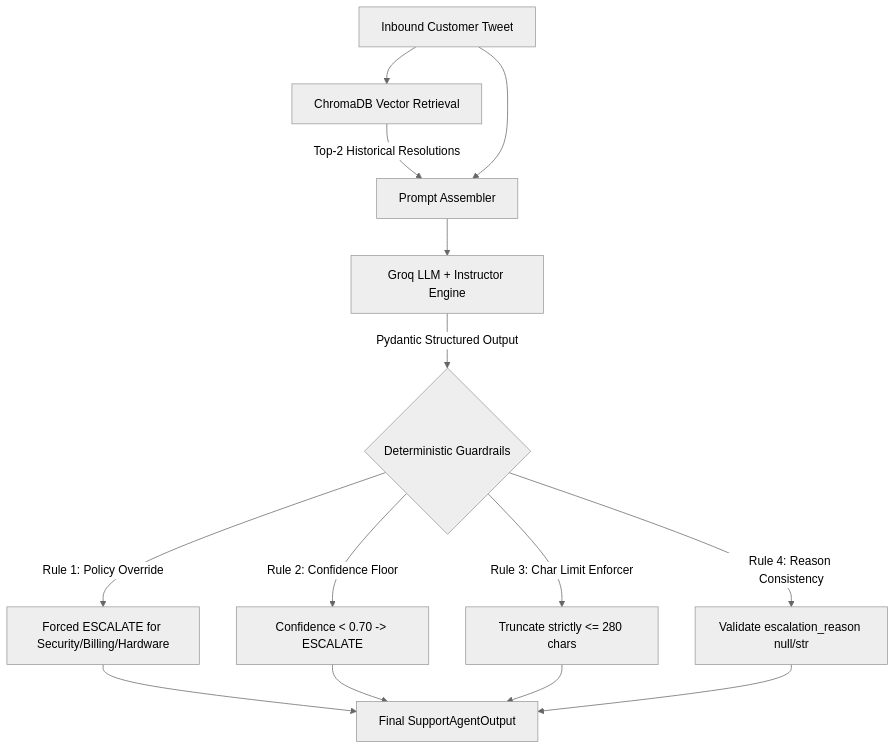
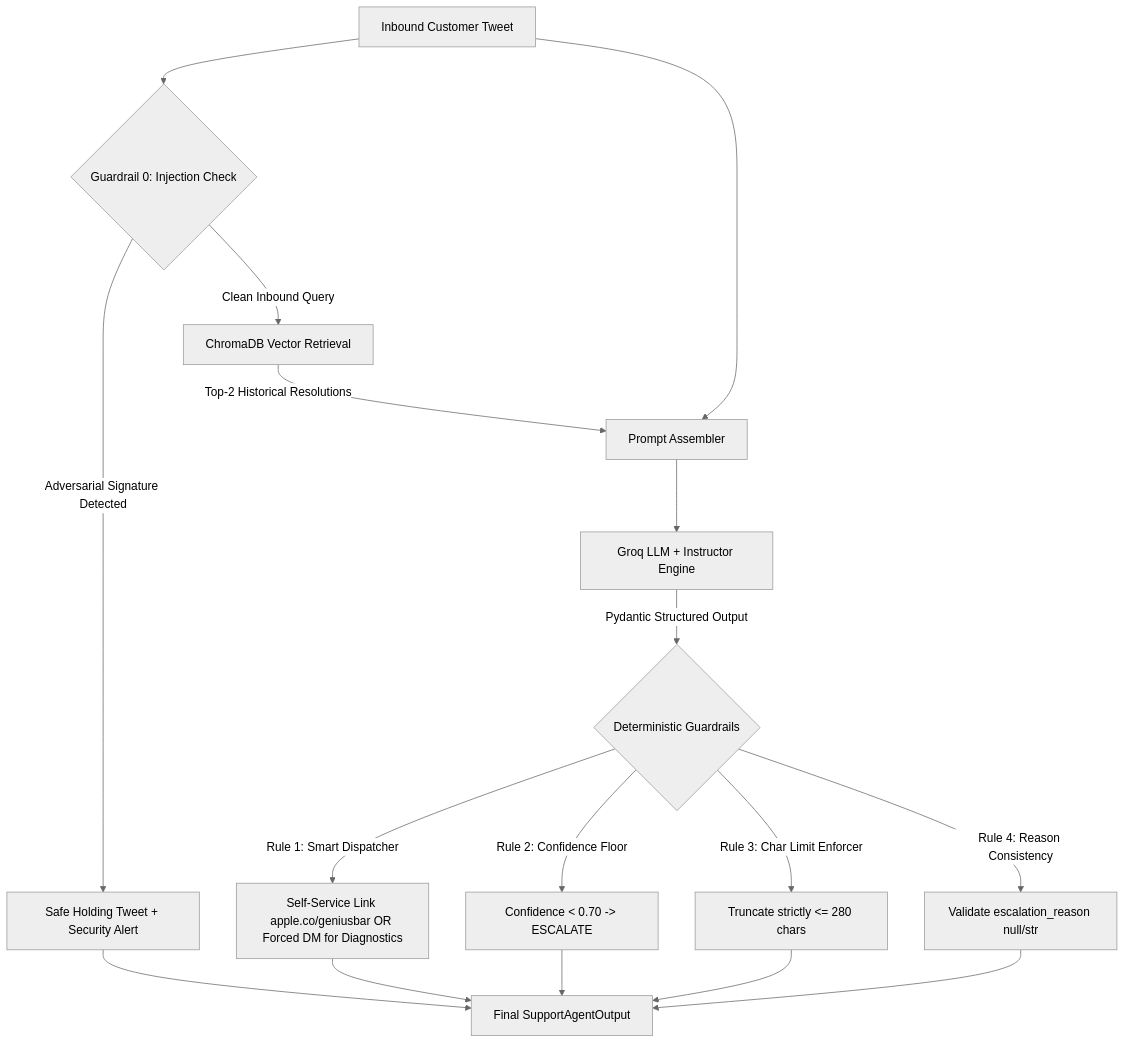
The diagram in README.md (hehemohit/hiver), drawn with Mermaid (neutral theme) before and after one commit. The commit also changed other lines of this file and 3 other files, not shown here.

````diff
--- a/README.md
+++ b/README.md
@@ -119,18 +120,21 @@
 ```mermaid
 flowchart TD
-    A[Inbound Customer Tweet] --> B[ChromaDB Vector Retrieval]
+    A[Inbound Customer Tweet] --> Z{Guardrail 0: Injection Check}
+    Z -->|Adversarial Signature Detected| Safe[Safe Holding Tweet + Security Alert]
+    Z -->|Clean Inbound Query| B[ChromaDB Vector Retrieval]
     B -->|Top-2 Historical Resolutions| C[Prompt Assembler]
     A --> C
     C --> D[Groq LLM + Instructor Engine]
     D -->|Pydantic Structured Output| E{Deterministic Guardrails}
     
-    E -->|Rule 1: Policy Override| F[Forced ESCALATE for Security/Billing/Hardware]
+    E -->|Rule 1: Smart Dispatcher| F[Self-Service Link apple.co/geniusbar OR Forced DM for Diagnostics]
     E -->|Rule 2: Confidence Floor| G[Confidence < 0.70 -> ESCALATE]
     E -->|Rule 3: Char Limit Enforcer| H[Truncate strictly <= 280 chars]
     E -->|Rule 4: Reason Consistency| I[Validate escalation_reason null/str]
     
     F --> J[Final SupportAgentOutput]
     G --> J
     H --> J
     I --> J
+    Safe --> J
 ```
````
